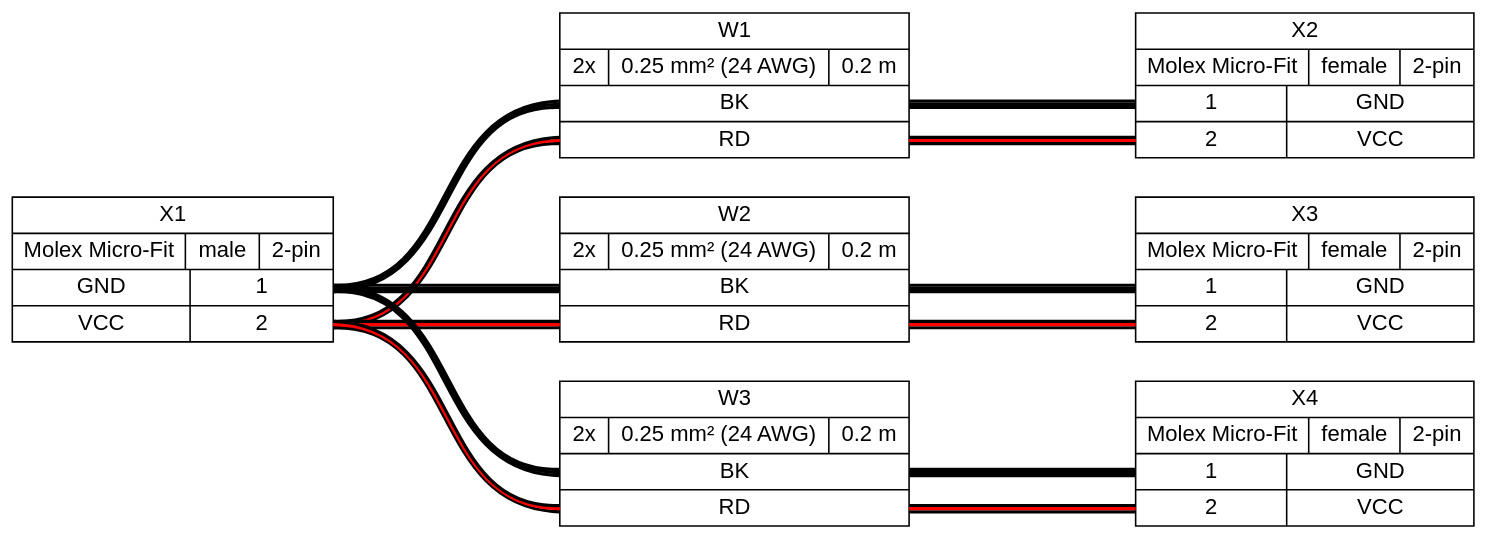
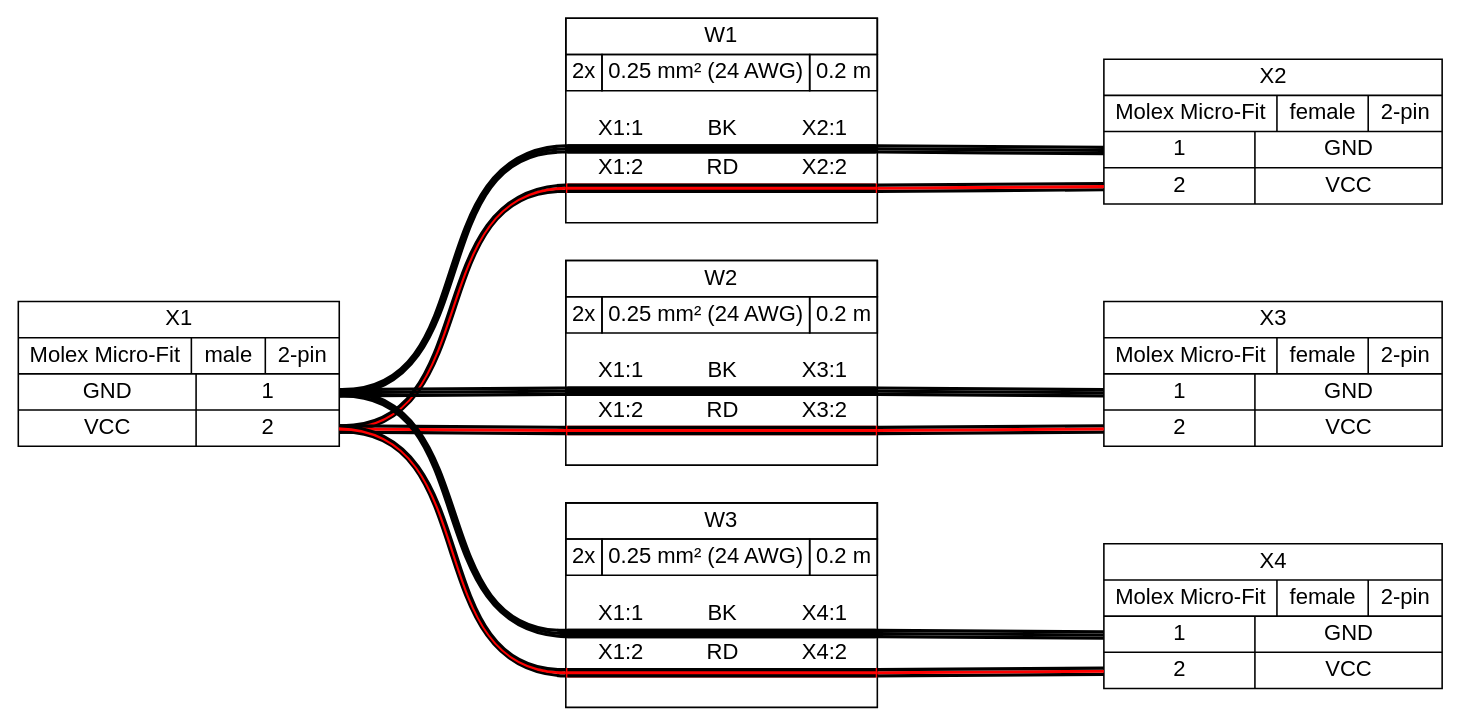
One commit to wireviz/WireViz changed the diagram in examples/ex02.gv. Above: the diagram before and after it, drawn with Graphviz. The commit also changed 25 other files, not shown here.

```diff
--- a/examples/ex02.gv
+++ b/examples/ex02.gv
@@ -1,32 +1,32 @@
 graph {
 // Graph generated by WireViz
 // https://github.com/formatc1702/WireViz
-	graph [bgcolor=transparent fontname=arial nodesep=0.33 rankdir=LR ranksep=2]
+	graph [bgcolor=white fontname=arial nodesep=0.33 rankdir=LR ranksep=2]
 	node [fillcolor=white fontname=arial shape=record style=filled]
 	edge [fontname=arial style=bold]
 	X1 [label="X1|{Molex Micro-Fit|male|2-pin}|{{GND|VCC}|{<p1r>1|<p2r>2}}"]
 	X2 [label="X2|{Molex Micro-Fit|female|2-pin}|{{<p1l>1|<p2l>2}|{GND|VCC}}"]
 	X3 [label="X3|{Molex Micro-Fit|female|2-pin}|{{<p1l>1|<p2l>2}|{GND|VCC}}"]
 	X4 [label="X4|{Molex Micro-Fit|female|2-pin}|{{<p1l>1|<p2l>2}|{GND|VCC}}"]
-	W1 [label="W1|{2x|0.25 mm² (24 AWG)|0.2 m}|{{<w1>BK|<w2>RD}}"]
 	edge [color="#000000:#000000:#000000"]
-	X1:p1r -- W1:w1
-	W1:w1 -- X2:p1l
+	X1:p1r:e -- W1:w1:w
+	W1:w1:e -- X2:p1l:w
 	edge [color="#000000:#ff0000:#000000"]
-	X1:p2r -- W1:w2
-	W1:w2 -- X2:p2l
-	W2 [label="W2|{2x|0.25 mm² (24 AWG)|0.2 m}|{{<w1>BK|<w2>RD}}"]
+	X1:p2r:e -- W1:w2:w
+	W1:w2:e -- X2:p2l:w
+	W1 [label=<<table border="0" cellspacing="0" cellpadding="0"><tr><td><table border="0" cellspacing="0" cellpadding="3" cellborder="1"><tr><td colspan="3">W1</td></tr><tr><td>2x</td><td>0.25 mm² (24 AWG)</td><td>0.2 m</td></tr></table></td></tr><tr><td>&nbsp;</td></tr><tr><td><table border="0" cellspacing="0" cellborder="0"><tr><td>X1:1</td><td>BK</td><td>X2:1</td></tr><tr><td colspan="3" cellpadding="0" height="6" bgcolor="#000000" border="2" sides="tb" port="w1"></td></tr><tr><td>X1:2</td><td>RD</td><td>X2:2</td></tr><tr><td colspan="3" cellpadding="0" height="6" bgcolor="#ff0000" border="2" sides="tb" port="w2"></td></tr><tr><td>&nbsp;</td></tr></table></td></tr></table>> fillcolor=white margin=0 shape=box style=""]
 	edge [color="#000000:#000000:#000000"]
-	X1:p1r -- W2:w1
-	W2:w1 -- X3:p1l
+	X1:p1r:e -- W2:w1:w
+	W2:w1:e -- X3:p1l:w
 	edge [color="#000000:#ff0000:#000000"]
-	X1:p2r -- W2:w2
-	W2:w2 -- X3:p2l
-	W3 [label="W3|{2x|0.25 mm² (24 AWG)|0.2 m}|{{<w1>BK|<w2>RD}}"]
+	X1:p2r:e -- W2:w2:w
+	W2:w2:e -- X3:p2l:w
+	W2 [label=<<table border="0" cellspacing="0" cellpadding="0"><tr><td><table border="0" cellspacing="0" cellpadding="3" cellborder="1"><tr><td colspan="3">W2</td></tr><tr><td>2x</td><td>0.25 mm² (24 AWG)</td><td>0.2 m</td></tr></table></td></tr><tr><td>&nbsp;</td></tr><tr><td><table border="0" cellspacing="0" cellborder="0"><tr><td>X1:1</td><td>BK</td><td>X3:1</td></tr><tr><td colspan="3" cellpadding="0" height="6" bgcolor="#000000" border="2" sides="tb" port="w1"></td></tr><tr><td>X1:2</td><td>RD</td><td>X3:2</td></tr><tr><td colspan="3" cellpadding="0" height="6" bgcolor="#ff0000" border="2" sides="tb" port="w2"></td></tr><tr><td>&nbsp;</td></tr></table></td></tr></table>> fillcolor=white margin=0 shape=box style=""]
 	edge [color="#000000:#000000:#000000"]
-	X1:p1r -- W3:w1
-	W3:w1 -- X4:p1l
+	X1:p1r:e -- W3:w1:w
+	W3:w1:e -- X4:p1l:w
 	edge [color="#000000:#ff0000:#000000"]
-	X1:p2r -- W3:w2
-	W3:w2 -- X4:p2l
+	X1:p2r:e -- W3:w2:w
+	W3:w2:e -- X4:p2l:w
+	W3 [label=<<table border="0" cellspacing="0" cellpadding="0"><tr><td><table border="0" cellspacing="0" cellpadding="3" cellborder="1"><tr><td colspan="3">W3</td></tr><tr><td>2x</td><td>0.25 mm² (24 AWG)</td><td>0.2 m</td></tr></table></td></tr><tr><td>&nbsp;</td></tr><tr><td><table border="0" cellspacing="0" cellborder="0"><tr><td>X1:1</td><td>BK</td><td>X4:1</td></tr><tr><td colspan="3" cellpadding="0" height="6" bgcolor="#000000" border="2" sides="tb" port="w1"></td></tr><tr><td>X1:2</td><td>RD</td><td>X4:2</td></tr><tr><td colspan="3" cellpadding="0" height="6" bgcolor="#ff0000" border="2" sides="tb" port="w2"></td></tr><tr><td>&nbsp;</td></tr></table></td></tr></table>> fillcolor=white margin=0 shape=box style=""]
 }
```
